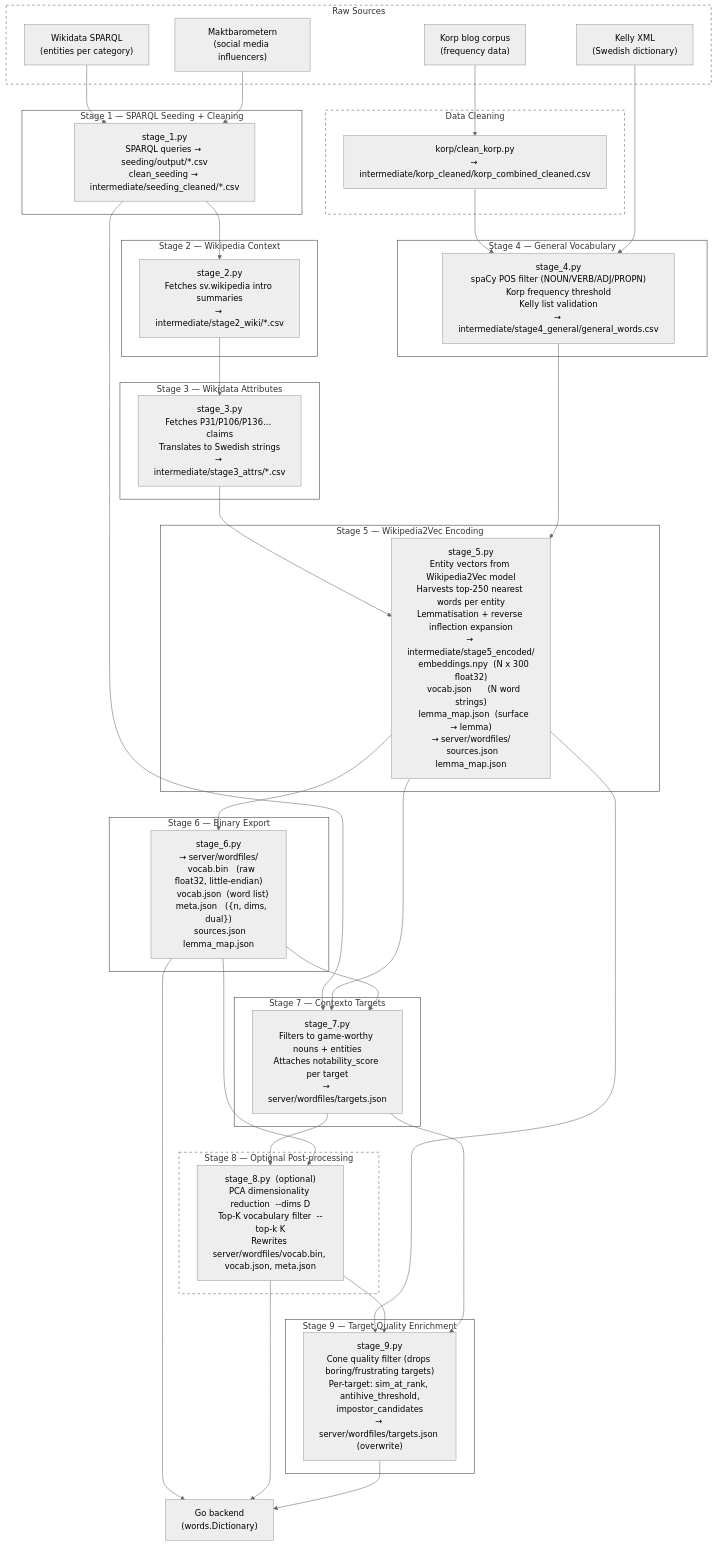
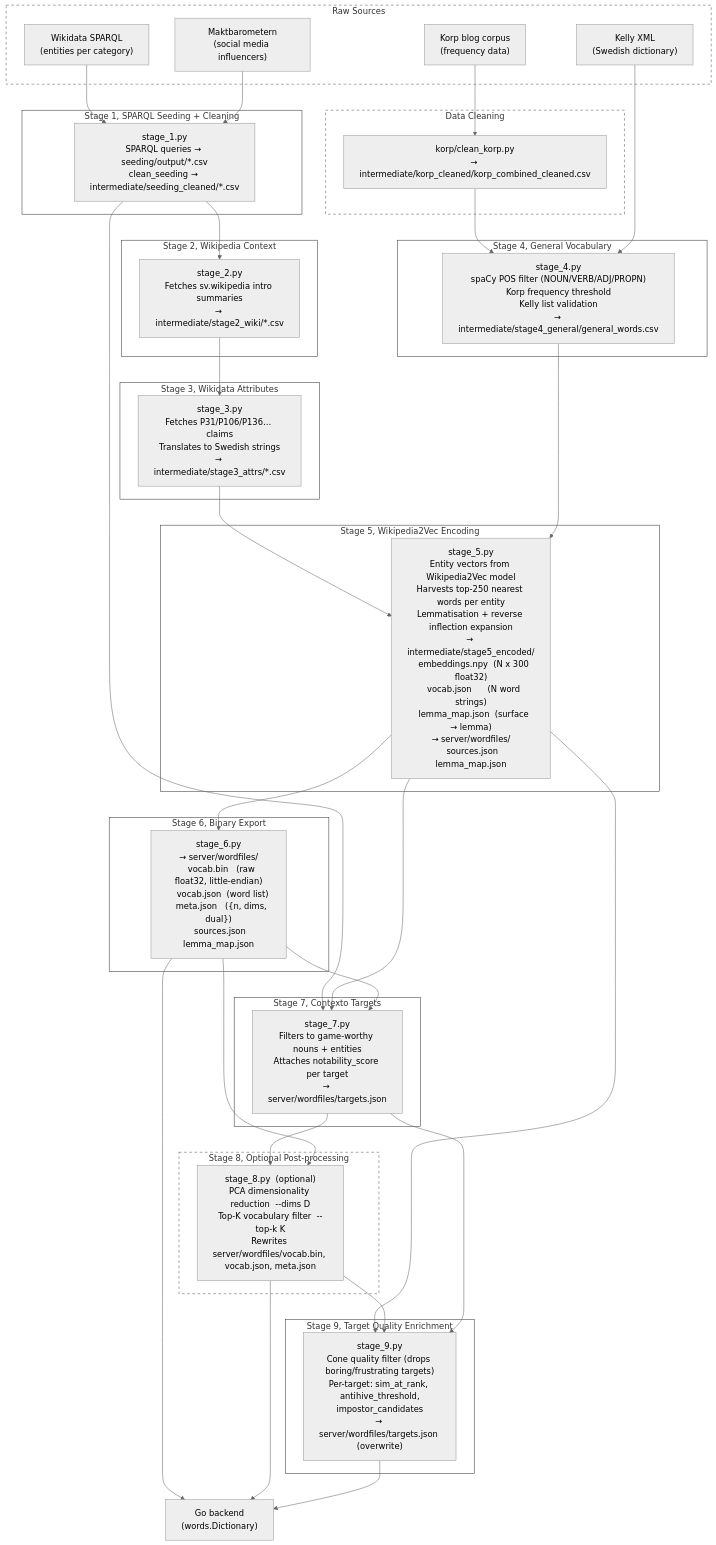
One commit to Skill-issue-coding/OrdioArena changed the diagram in preprocessing/README.md. Above: the diagram before and after it, drawn with Mermaid (neutral theme). The commit also changed other lines of this file and 169 other files, not shown here.

```diff
--- a/preprocessing/README.md
+++ b/preprocessing/README.md
@@ -88,39 +88,39 @@
         CK["korp/clean_korp.py\n→ intermediate/korp_cleaned/korp_combined_cleaned.csv"]
     end
 
-    subgraph STAGE1 [Stage 1 — SPARQL Seeding + Cleaning]
+    subgraph STAGE1 [Stage 1, SPARQL Seeding + Cleaning]
         S1["stage_1.py\nSPARQL queries → seeding/output/*.csv\nclean_seeding → intermediate/seeding_cleaned/*.csv"]
     end
 
-    subgraph STAGE2 [Stage 2 — Wikipedia Context]
+    subgraph STAGE2 [Stage 2, Wikipedia Context]
         S2["stage_2.py\nFetches sv.wikipedia intro summaries\n→ intermediate/stage2_wiki/*.csv"]
     end
 
-    subgraph STAGE3 [Stage 3 — Wikidata Attributes]
+    subgraph STAGE3 [Stage 3, Wikidata Attributes]
         S3["stage_3.py\nFetches P31/P106/P136… claims\nTranslates to Swedish strings\n→ intermediate/stage3_attrs/*.csv"]
     end
 
-    subgraph STAGE4 [Stage 4 — General Vocabulary]
+    subgraph STAGE4 [Stage 4, General Vocabulary]
         S4["stage_4.py\nspaCy POS filter (NOUN/VERB/ADJ/PROPN)\nKorp frequency threshold\nKelly list validation\n→ intermediate/stage4_general/general_words.csv"]
     end
 
-    subgraph STAGE5 [Stage 5 — Wikipedia2Vec Encoding]
+    subgraph STAGE5 [Stage 5, Wikipedia2Vec Encoding]
         S5["stage_5.py\nEntity vectors from Wikipedia2Vec model\nHarvests top-250 nearest words per entity\nLemmatisation + reverse inflection expansion\n→ intermediate/stage5_encoded/\n   embeddings.npy  (N x 300 float32)\n   vocab.json      (N word strings)\n   lemma_map.json  (surface → lemma)\n→ server/wordfiles/\n   sources.json  lemma_map.json"]
     end
 
-    subgraph STAGE6 [Stage 6 — Binary Export]
+    subgraph STAGE6 [Stage 6, Binary Export]
         S6["stage_6.py\n→ server/wordfiles/\n   vocab.bin   (raw float32, little-endian)\n   vocab.json  (word list)\n   meta.json   ({n, dims, dual})\n   sources.json  lemma_map.json"]
     end
 
-    subgraph STAGE7 [Stage 7 — Contexto Targets]
+    subgraph STAGE7 [Stage 7, Contexto Targets]
         S7["stage_7.py\nFilters to game-worthy nouns + entities\nAttaches notability_score per target\n→ server/wordfiles/targets.json"]
     end
 
-    subgraph STAGE8 [Stage 8 — Optional Post-processing]
+    subgraph STAGE8 [Stage 8, Optional Post-processing]
         S8["stage_8.py  (optional)\nPCA dimensionality reduction  --dims D\nTop-K vocabulary filter  --top-k K\nRewrites server/wordfiles/vocab.bin, vocab.json, meta.json"]
     end
 
-    subgraph STAGE9 [Stage 9 — Target Quality Enrichment]
+    subgraph STAGE9 [Stage 9, Target Quality Enrichment]
         S9["stage_9.py\nCone quality filter (drops boring/frustrating targets)\nPer-target: sim_at_rank, antihive_threshold,\nimpostor_candidates\n→ server/wordfiles/targets.json (overwrite)"]
     end
 
```
